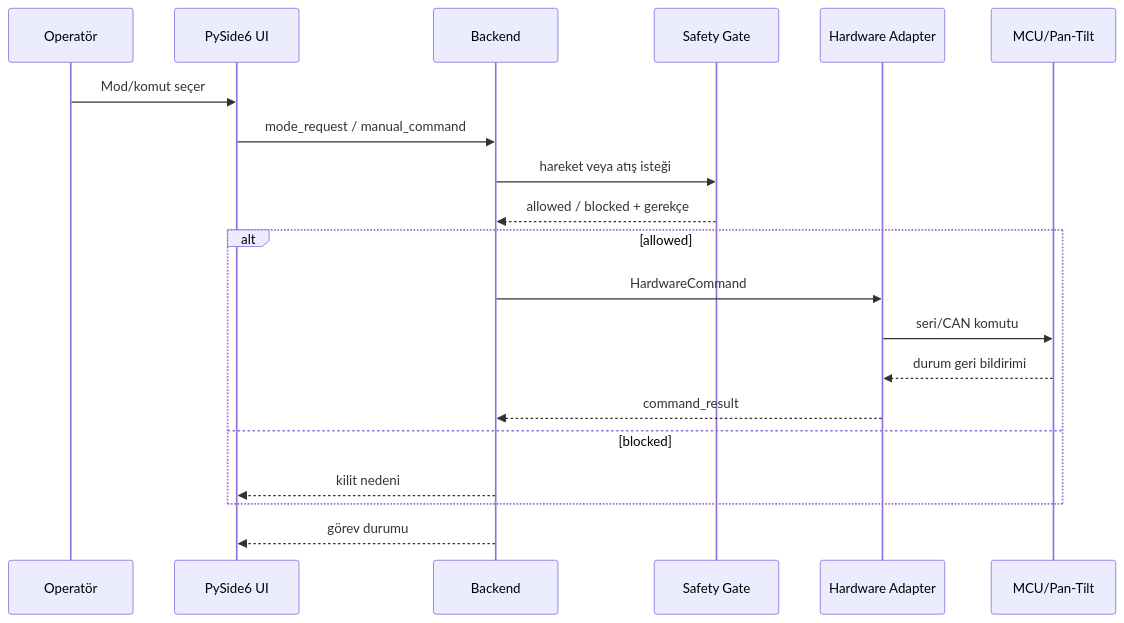
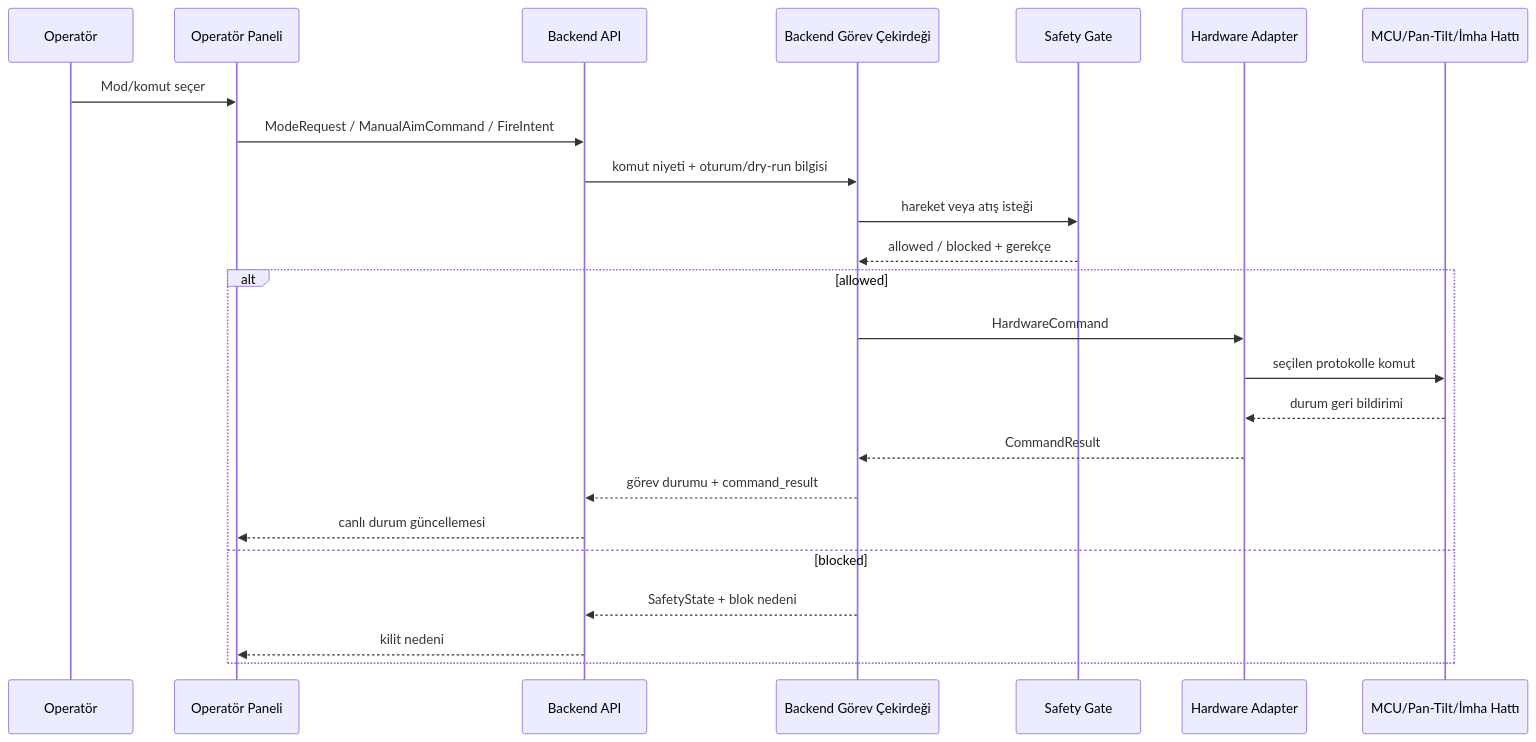
The ninth of 11 diagrams in reports/diyagramlar/mermaid_kodu/ktr_mermaid_diagrams.md (AlperKartkaya/gokkalkan), drawn with Mermaid before and after one commit. The commit also changed other lines of this file and 8 other files, not shown here.

Commit message:
docs: add operator panel interface roadmap and update tech stack documentation

````diff
--- a/reports/diyagramlar/mermaid_kodu/ktr_mermaid_diagrams.md
+++ b/reports/diyagramlar/mermaid_kodu/ktr_mermaid_diagrams.md
@@ -157,23 +171,27 @@
 ```mermaid
 sequenceDiagram
     participant O as Operatör
-    participant UI as PySide6 UI
-    participant B as Backend
+    participant UI as Operatör Paneli
+    participant API as Backend API
+    participant B as Backend Görev Çekirdeği
     participant S as Safety Gate
     participant H as Hardware Adapter
-    participant M as MCU/Pan-Tilt
+    participant M as MCU/Pan-Tilt/İmha Hattı
 
     O->>UI: Mod/komut seçer
-    UI->>B: mode_request / manual_command
+    UI->>API: ModeRequest / ManualAimCommand / FireIntent
+    API->>B: komut niyeti + oturum/dry-run bilgisi
     B->>S: hareket veya atış isteği
     S-->>B: allowed / blocked + gerekçe
     alt allowed
         B->>H: HardwareCommand
-        H->>M: seri/CAN komutu
+        H->>M: seçilen protokolle komut
         M-->>H: durum geri bildirimi
-        H-->>B: command_result
+        H-->>B: CommandResult
+        B-->>API: görev durumu + command_result
+        API-->>UI: canlı durum güncellemesi
     else blocked
-        B-->>UI: kilit nedeni
+        B-->>API: SafetyState + blok nedeni
+        API-->>UI: kilit nedeni
     end
-    B-->>UI: görev durumu
 ```
````
